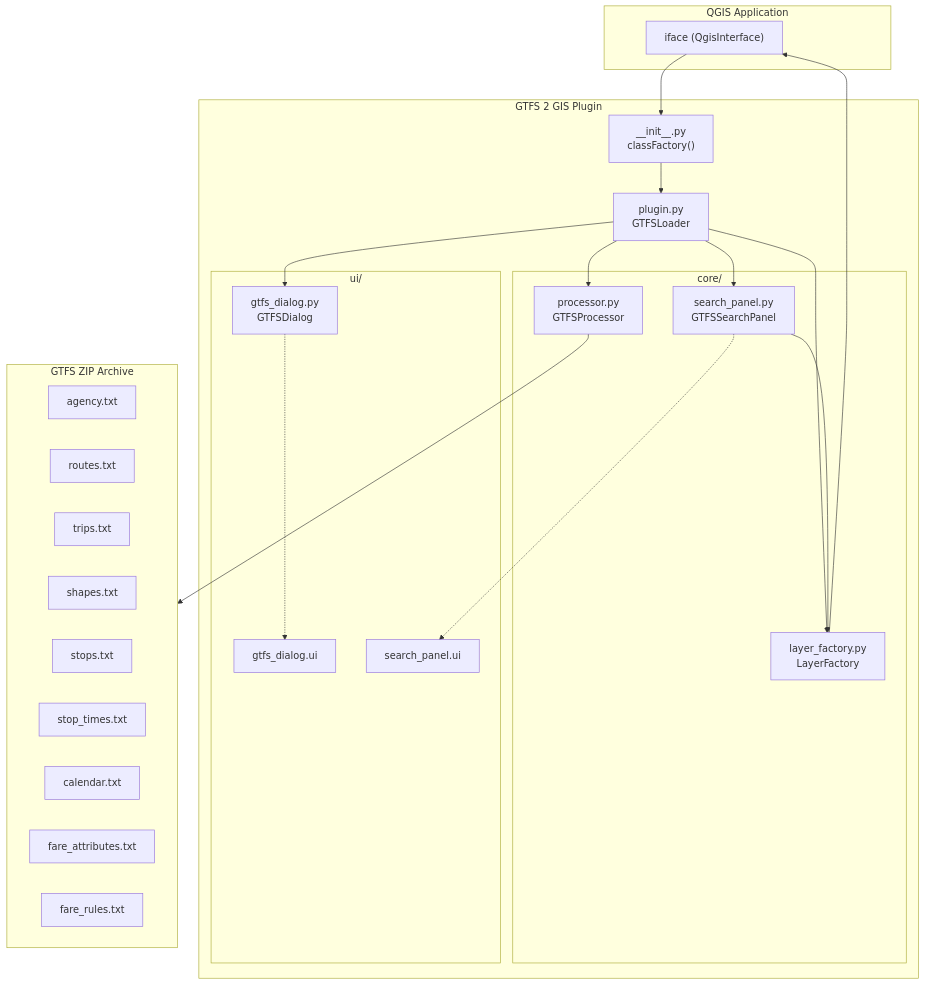
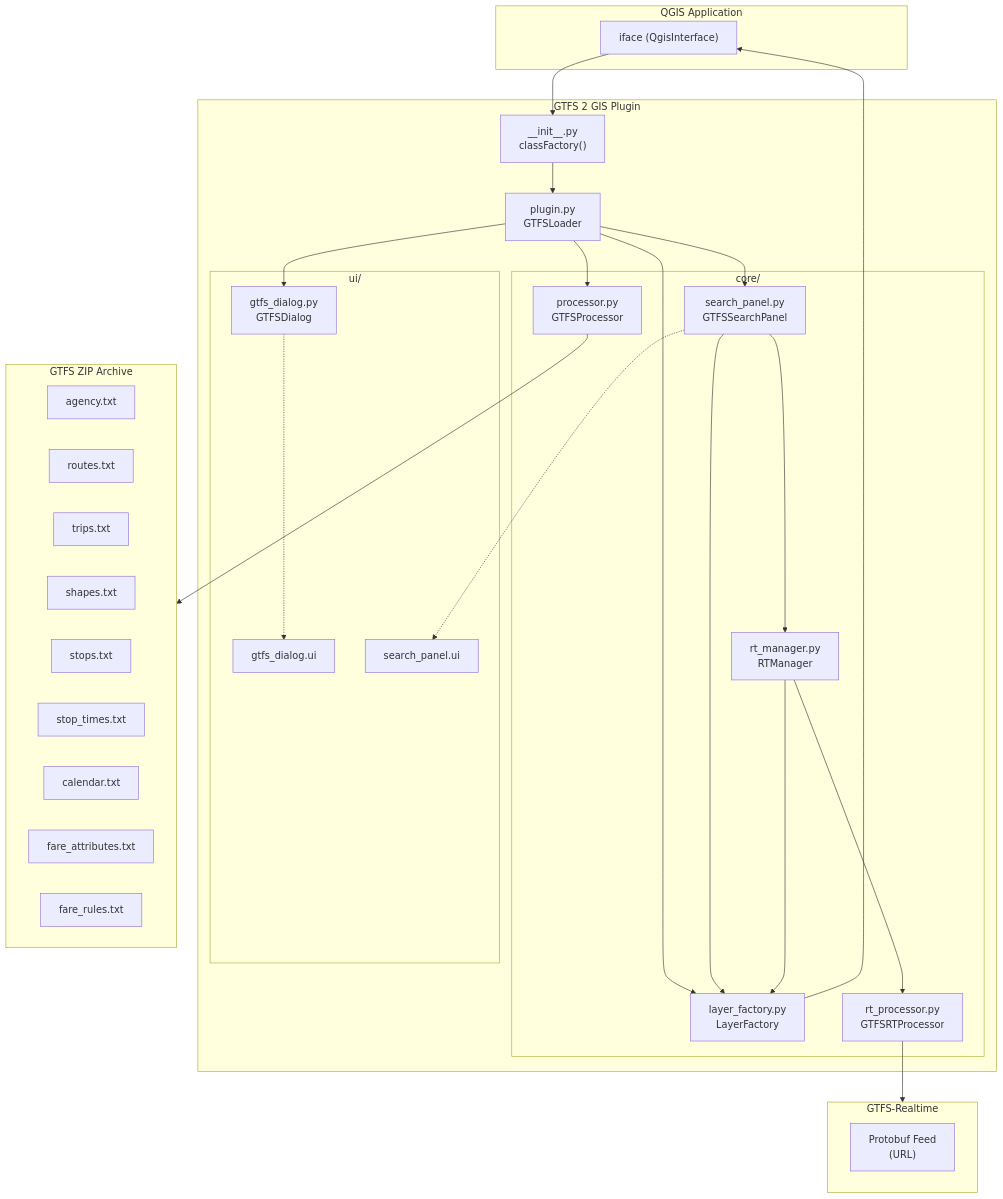
The first of 4 diagrams in ARCHITECTURE.md (arrobaraujo/qgis_gtfs_plugin), drawn with Mermaid before and after one commit. The commit also changed other lines of this file and 10 other files, not shown here.

Commit message:
feat: integrate GTFS-Realtime tracking and documentation update to v1.1.0

````diff
--- a/ARCHITECTURE.md
+++ b/ARCHITECTURE.md
@@ -35,46 +39,56 @@
 ```mermaid
 graph TB
     subgraph QGIS["QGIS Application"]
         IFACE["iface (QgisInterface)"]
     end
 
     subgraph Plugin["GTFS 2 GIS Plugin"]
         INIT["__init__.py<br/>classFactory()"]
         LOADER["plugin.py<br/>GTFSLoader"]
 
         subgraph Core["core/"]
             PROC["processor.py<br/>GTFSProcessor"]
             LF["layer_factory.py<br/>LayerFactory"]
             SP["search_panel.py<br/>GTFSSearchPanel"]
+            RTM["rt_manager.py<br/>RTManager"]
+            RTP["rt_processor.py<br/>GTFSRTProcessor"]
         end
 
         subgraph UI["ui/"]
             DLG["gtfs_dialog.py<br/>GTFSDialog"]
             DLG_UI["gtfs_dialog.ui"]
             SP_UI["search_panel.ui"]
         end
     end
 
     subgraph Data["GTFS ZIP Archive"]
         AG["agency.txt"]
         RT["routes.txt"]
         TR["trips.txt"]
         SH["shapes.txt"]
         ST["stops.txt"]
         STT["stop_times.txt"]
         CAL["calendar.txt"]
         FA["fare_attributes.txt"]
         FR["fare_rules.txt"]
     end
 
+    subgraph RT_Feed["GTFS-Realtime"]
+        PB["Protobuf Feed<br/>(URL)"]
+    end
+
     IFACE --> INIT --> LOADER
     LOADER --> DLG
     LOADER --> PROC
     LOADER --> LF
     LOADER --> SP
     DLG -.-> DLG_UI
     SP -.-> SP_UI
     PROC --> Data
+    RTP --> RT_Feed
+    RTM --> RTP
+    SP --> RTM
     LF --> IFACE
     SP --> LF
+    RTM --> LF
 ```
````
